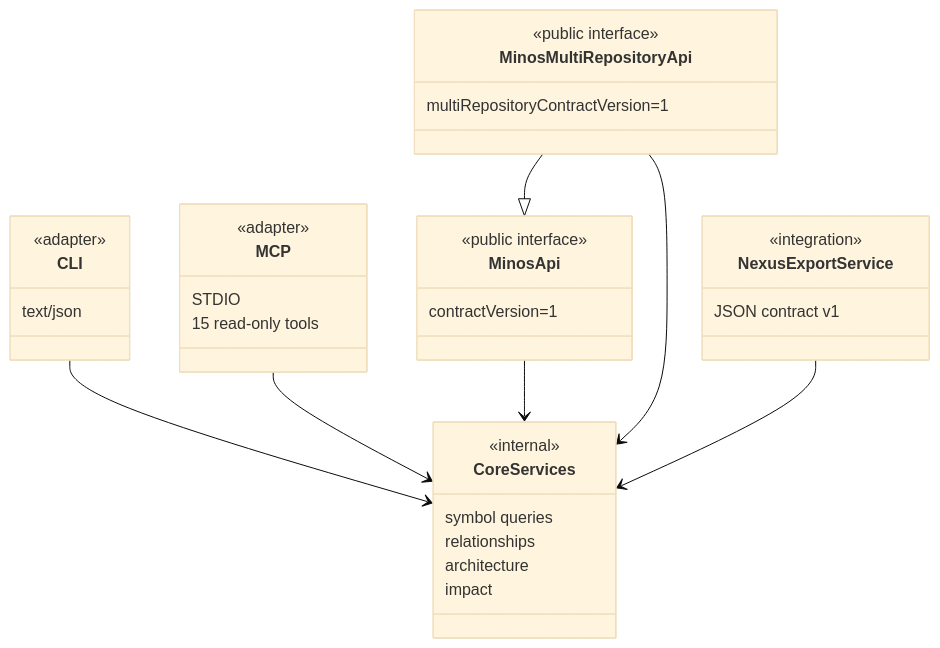
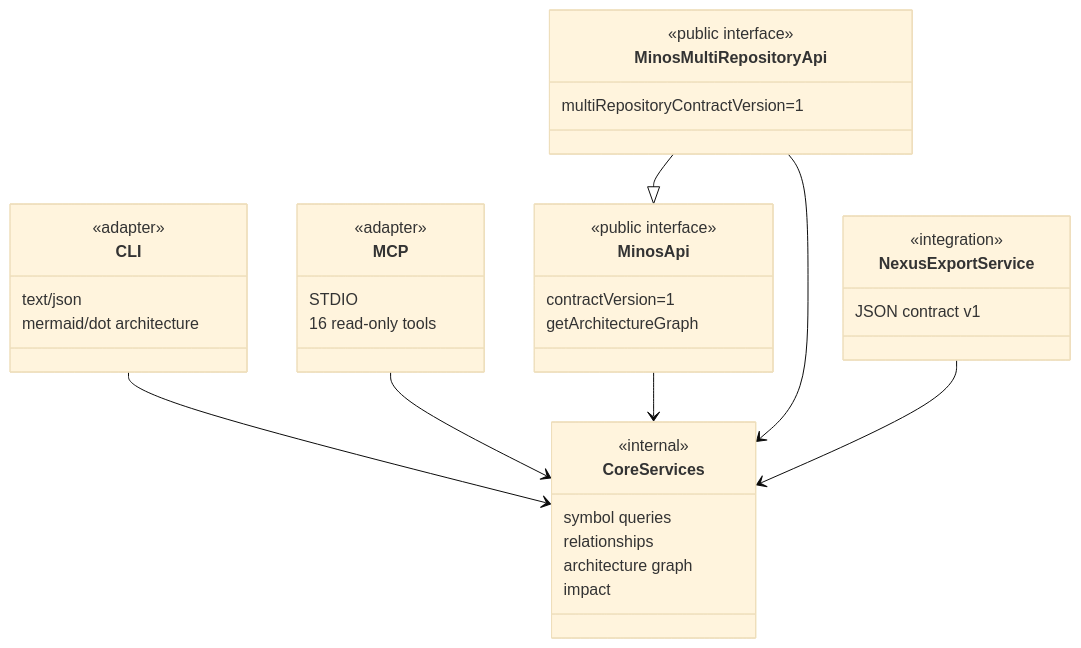
Before and after one commit to FTurleque/minos-code-intelligence: the third of 3 diagrams in docs/developer/architecture.md, drawn with Mermaid (base theme). The commit also changed other lines of this file, not shown here.

Commit message:
docs(architecture): document graph exposure

````diff
--- a/docs/developer/architecture.md
+++ b/docs/developer/architecture.md
@@ -107,38 +123,40 @@
 ```mermaid
 classDiagram
     class CoreServices {
       <<internal>>
       symbol queries
       relationships
-      architecture
+      architecture graph
       impact
     }
     class CLI {
       <<adapter>>
       text/json
+      mermaid/dot architecture
     }
     class MCP {
       <<adapter>>
       STDIO
-      15 read-only tools
+      16 read-only tools
     }
     class MinosApi {
       <<public interface>>
       contractVersion=1
+      getArchitectureGraph
     }
     class MinosMultiRepositoryApi {
       <<public interface>>
       multiRepositoryContractVersion=1
     }
     class NexusExportService {
       <<integration>>
       JSON contract v1
     }
 
     CLI --> CoreServices
     MCP --> CoreServices
     MinosApi --> CoreServices
     MinosMultiRepositoryApi --|> MinosApi
     MinosMultiRepositoryApi --> CoreServices
     NexusExportService --> CoreServices
 ```
````
